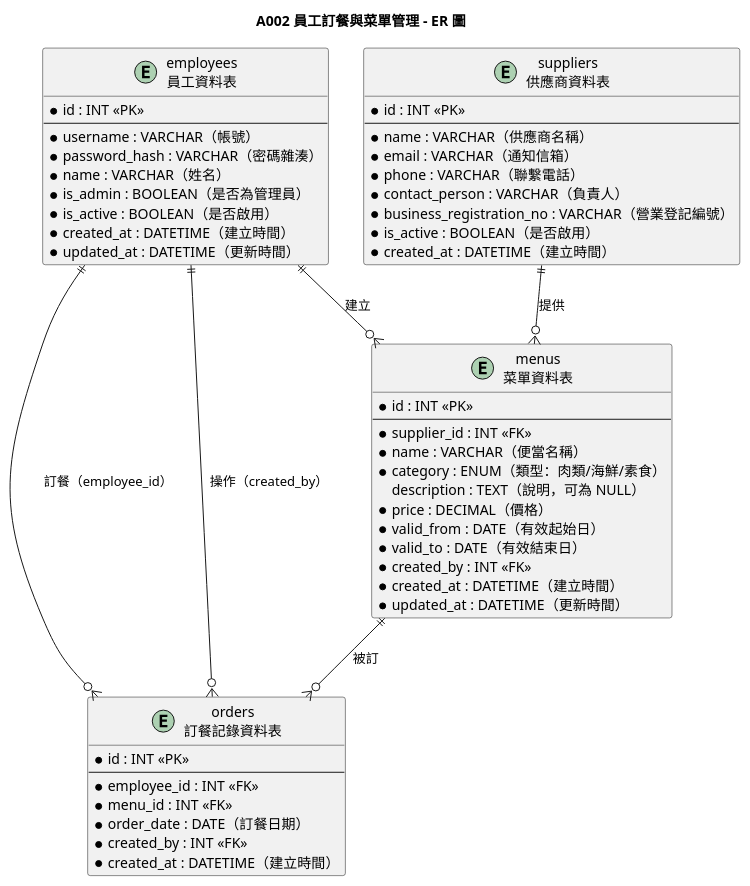
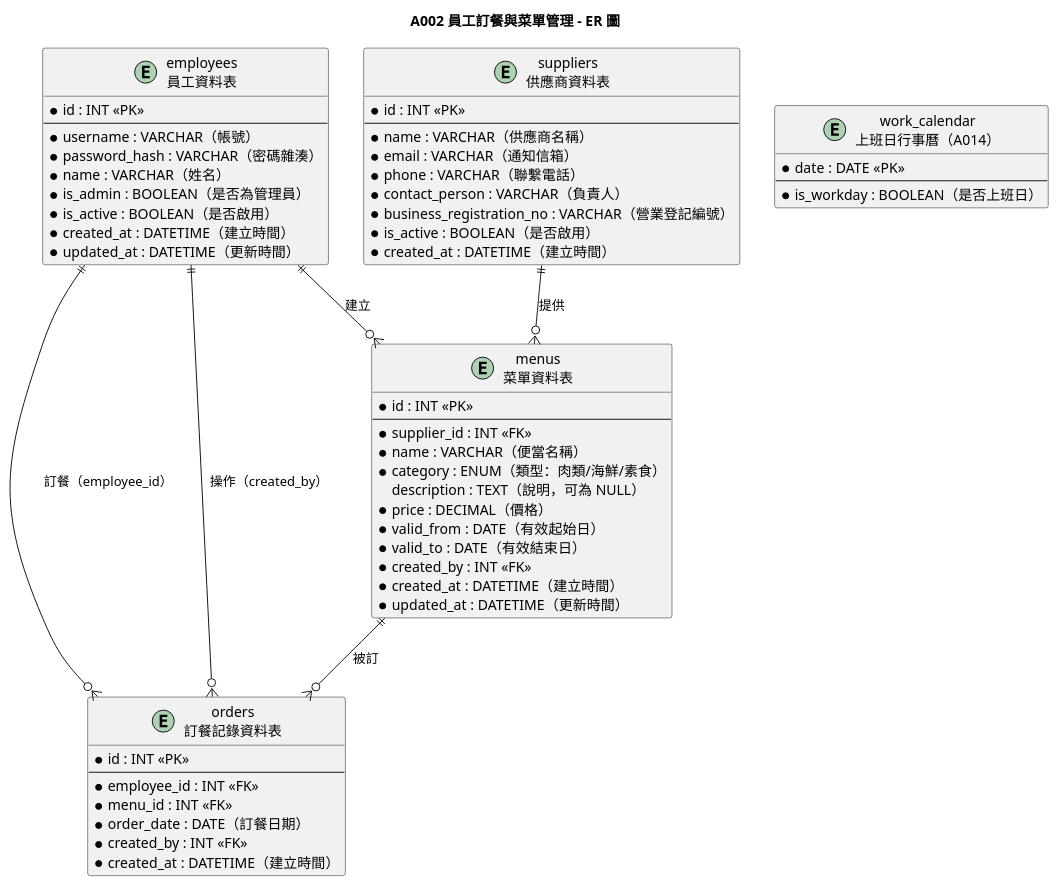
The diagram in output/A002/A002-er.puml (teyhawzhe/bento-uml), drawn with PlantUML before and after one commit. The commit also changed 6 other files, not shown here.

```diff
--- a/output/A002/A002-er.puml
+++ b/output/A002/A002-er.puml
@@ -1,60 +1,66 @@
 @startuml A002-er
 
 title A002 員工訂餐與菜單管理 - ER 圖
 
 entity "employees\n員工資料表" as employees {
   * id : INT <<PK>>
   --
   * username : VARCHAR（帳號）
   * password_hash : VARCHAR（密碼雜湊）
   * name : VARCHAR（姓名）
   * is_admin : BOOLEAN（是否為管理員）
   * is_active : BOOLEAN（是否啟用）
   * created_at : DATETIME（建立時間）
   * updated_at : DATETIME（更新時間）
 }
 
 entity "suppliers\n供應商資料表" as suppliers {
   * id : INT <<PK>>
   --
   * name : VARCHAR（供應商名稱）
   * email : VARCHAR（通知信箱）
   * phone : VARCHAR（聯繫電話）
   * contact_person : VARCHAR（負責人）
   * business_registration_no : VARCHAR（營業登記編號）
   * is_active : BOOLEAN（是否啟用）
   * created_at : DATETIME（建立時間）
 }
 
 entity "menus\n菜單資料表" as menus {
   * id : INT <<PK>>
   --
   * supplier_id : INT <<FK>>
   * name : VARCHAR（便當名稱）
   * category : ENUM（類型：肉類/海鮮/素食）
   description : TEXT（說明，可為 NULL）
   * price : DECIMAL（價格）
   * valid_from : DATE（有效起始日）
   * valid_to : DATE（有效結束日）
   * created_by : INT <<FK>>
   * created_at : DATETIME（建立時間）
   * updated_at : DATETIME（更新時間）
 }
 
 entity "orders\n訂餐記錄資料表" as orders {
   * id : INT <<PK>>
   --
   * employee_id : INT <<FK>>
   * menu_id : INT <<FK>>
   * order_date : DATE（訂餐日期）
   * created_by : INT <<FK>>
   * created_at : DATETIME（建立時間）
 }
 
+entity "work_calendar\n上班日行事曆（A014）" as work_calendar {
+  * date : DATE <<PK>>
+  --
+  * is_workday : BOOLEAN（是否上班日）
+}
+
 suppliers ||--o{ menus : "提供"
 employees ||--o{ menus : "建立"
 employees ||--o{ orders : "訂餐（employee_id）"
 employees ||--o{ orders : "操作（created_by）"
 menus ||--o{ orders : "被訂"
 
 @enduml
```
